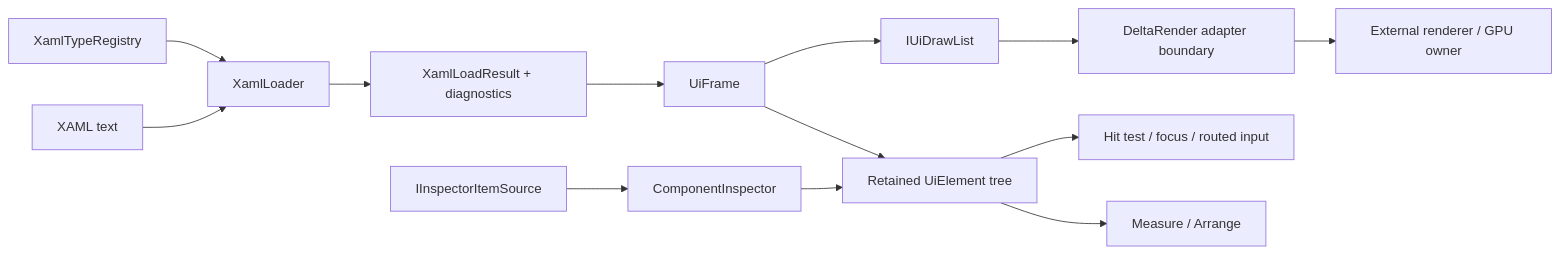
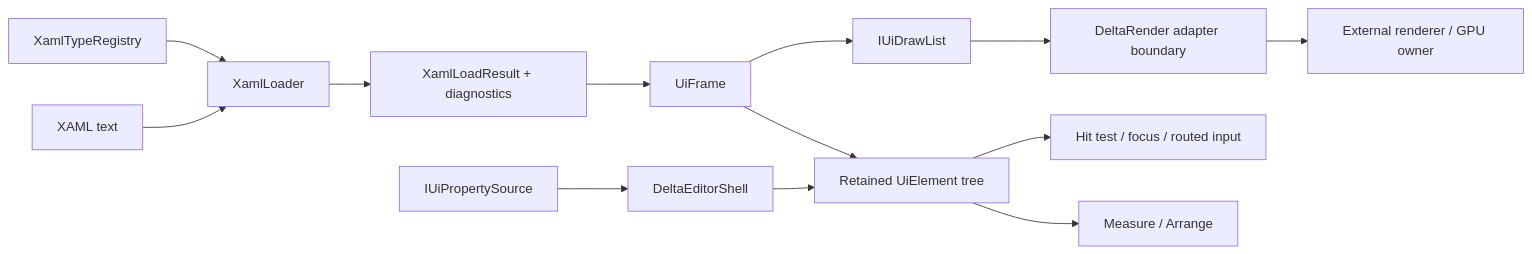
Before and after one commit to Artromskiy/DeltaXAML: the first of 2 diagrams in ARCHITECTURE.md, drawn with Mermaid. The commit also changed other lines of this file and 11 other files, not shown here.

Commit message:
Move editor shell out of DeltaXAML

````diff
--- a/ARCHITECTURE.md
+++ b/ARCHITECTURE.md
@@ -24,15 +24,15 @@
 ```mermaid
 flowchart LR
     Source["XAML text"] --> Loader["XamlLoader"]
     Registry["XamlTypeRegistry"] --> Loader
     Loader --> Result["XamlLoadResult + diagnostics"]
     Result --> Frame["UiFrame"]
     Frame --> Tree["Retained UiElement tree"]
     Tree --> Layout["Measure / Arrange"]
     Frame --> Draw["IUiDrawList"]
     Draw --> Adapter["DeltaRender adapter boundary"]
     Adapter --> Renderer["External renderer / GPU owner"]
     Tree --> Input["Hit test / focus / routed input"]
-    InspectorSource["IInspectorItemSource"] --> Inspector["ComponentInspector"]
-    Inspector --> Tree
+    PropertySource["IUiPropertySource"] --> Shell["DeltaEditorShell"]
+    Shell --> Tree
 ```
````
